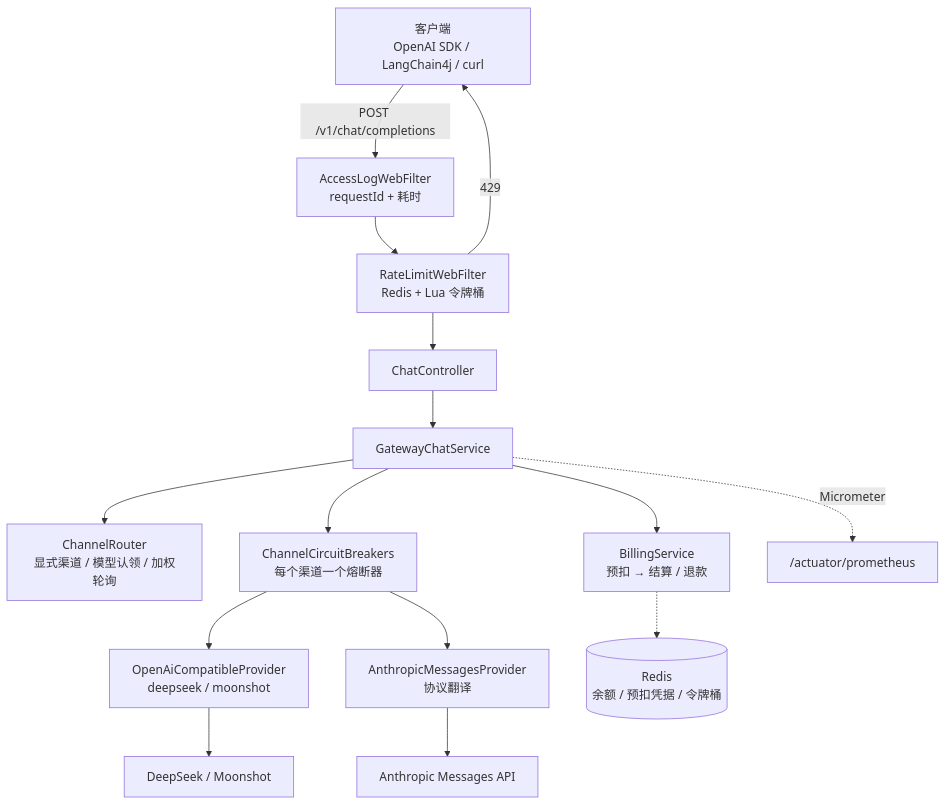
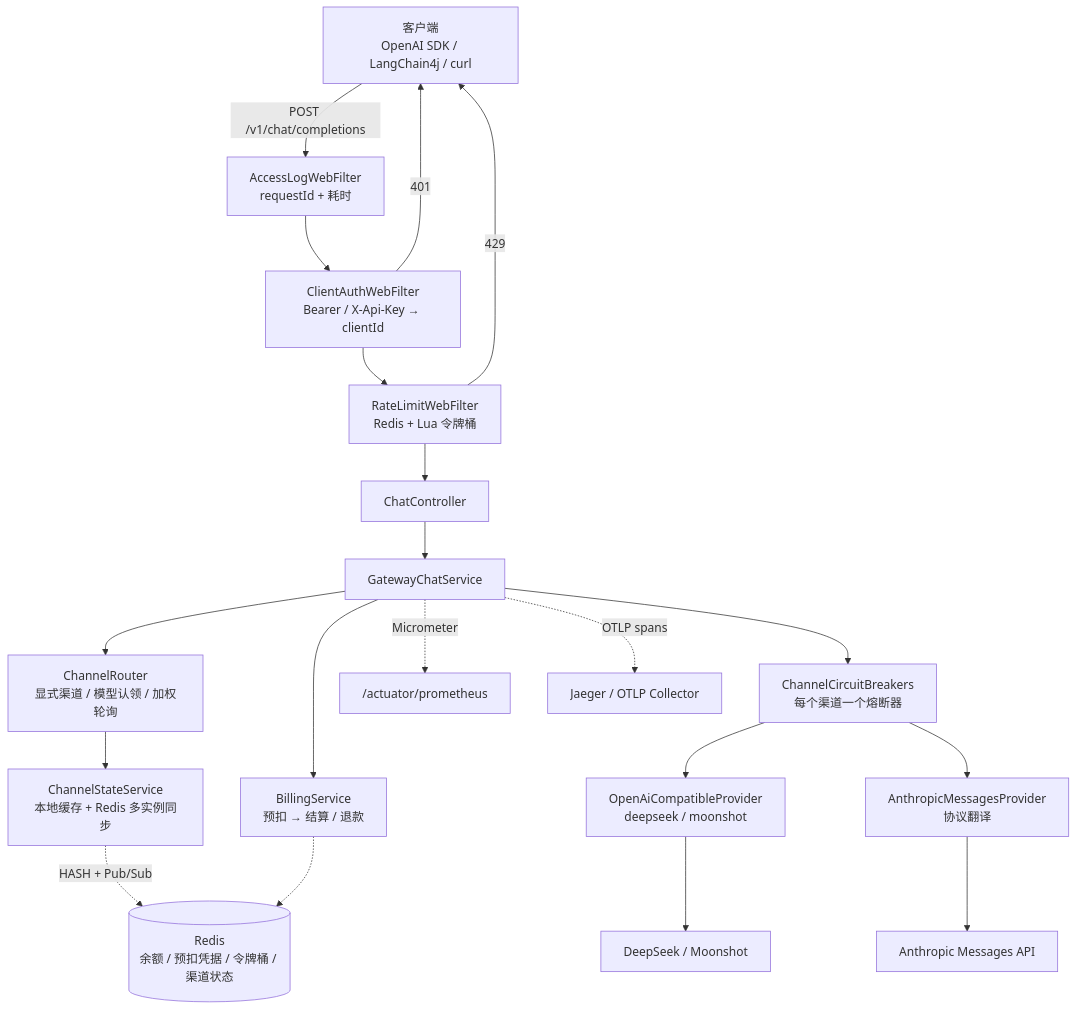
The diagram in README.md (maixiaowen111/llm-gateway), drawn with Mermaid before and after one commit. The commit also changed other lines of this file and 2 other files, not shown here.

````diff
--- a/README.md
+++ b/README.md
@@ -70,18 +74,23 @@
 ```mermaid
 flowchart TD
     C["客户端<br/>OpenAI SDK / LangChain4j / curl"]
     C -->|"POST /v1/chat/completions"| LOG["AccessLogWebFilter<br/>requestId + 耗时"]
-    LOG --> RL["RateLimitWebFilter<br/>Redis + Lua 令牌桶"]
+    LOG --> AUTH["ClientAuthWebFilter<br/>Bearer / X-Api-Key → clientId"]
+    AUTH -->|"401"| C
+    AUTH --> RL["RateLimitWebFilter<br/>Redis + Lua 令牌桶"]
     RL -->|"429"| C
     RL --> CT["ChatController"]
     CT --> SVC["GatewayChatService"]
     SVC --> ROUTER["ChannelRouter<br/>显式渠道 / 模型认领 / 加权轮询"]
+    ROUTER --> STATES["ChannelStateService<br/>本地缓存 + Redis 多实例同步"]
     SVC --> BILL["BillingService<br/>预扣 → 结算 / 退款"]
     SVC --> CB["ChannelCircuitBreakers<br/>每个渠道一个熔断器"]
     CB --> P1["OpenAiCompatibleProvider<br/>deepseek / moonshot"]
     CB --> P2["AnthropicMessagesProvider<br/>协议翻译"]
     P1 --> U1["DeepSeek / Moonshot"]
     P2 --> U2["Anthropic Messages API"]
     SVC -.->|"Micrometer"| MET["/actuator/prometheus"]
-    BILL -.-> R[("Redis<br/>余额 / 预扣凭据 / 令牌桶")]
+    SVC -.->|"OTLP spans"| TRACE["Jaeger / OTLP Collector"]
+    STATES -.->|"HASH + Pub/Sub"| R
+    BILL -.-> R[("Redis<br/>余额 / 预扣凭据 / 令牌桶 / 渠道状态")]
 ```
````
